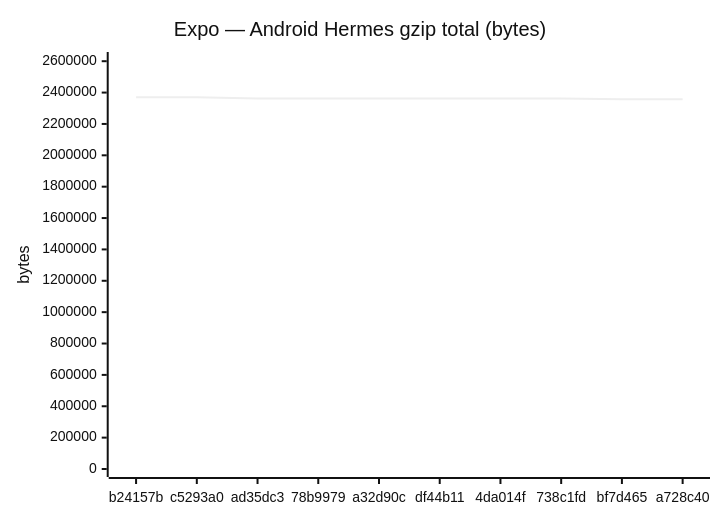
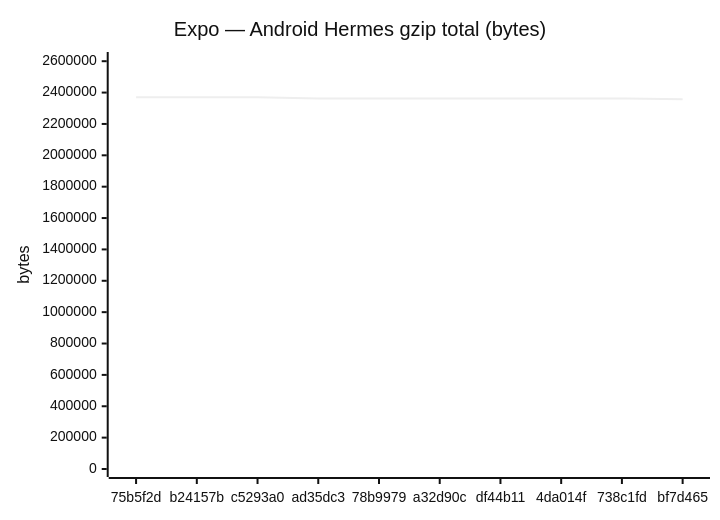
The seventh of 24 diagrams in benchmarks/compare.md (Metaheurist/Rianell), drawn with Mermaid (neutral theme) before and after one commit. The commit also changed other lines of this file and 14 other files, not shown here.

````diff
--- a/benchmarks/compare.md
+++ b/benchmarks/compare.md
@@ -116,7 +116,7 @@
 ```mermaid
 xychart-beta
     title "Expo — Android Hermes gzip total (bytes)"
-    x-axis ["b24157b", "c5293a0", "ad35dc3", "78b9979", "a32d90c", "df44b11", "4da014f", "738c1fd", "bf7d465", "a728c40"]
+    x-axis ["75b5f2d", "b24157b", "c5293a0", "ad35dc3", "78b9979", "a32d90c", "df44b11", "4da014f", "738c1fd", "bf7d465"]
     y-axis "bytes" 0 --> 2607698
-    line [2370632, 2370634, 2362082, 2362084, 2362047, 2362047, 2362048, 2362047, 2356686, 2356685]
+    line [2370632, 2370632, 2370634, 2362082, 2362084, 2362047, 2362047, 2362048, 2362047, 2356686]
 ```
````
